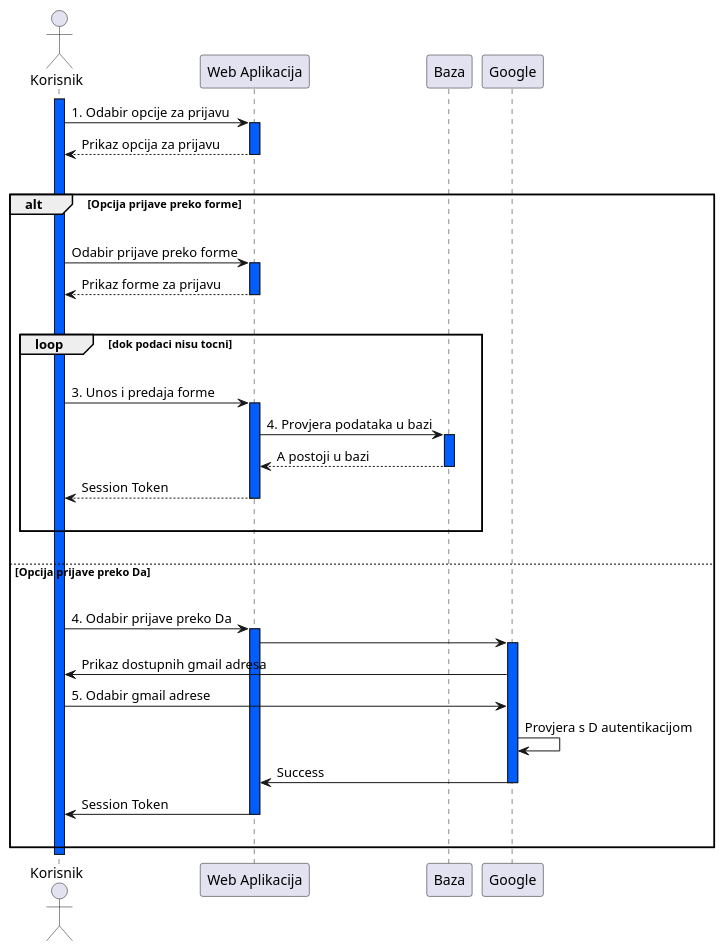
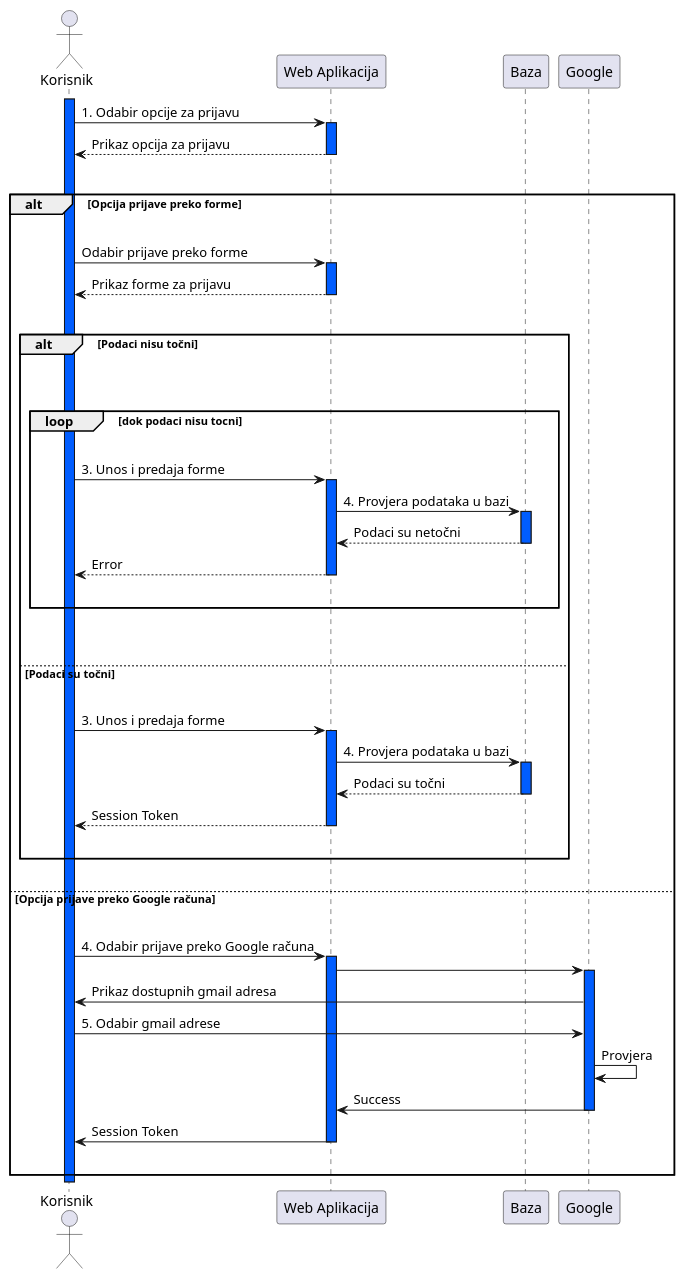
Before and after one commit to studensis/studius: the diagram in documentation/diagrams/UMLSequence/loginSequence.pu, drawn with PlantUML.

Commit message:
mala izmjena na sekvencijskom dijagramu UC1

```diff
--- a/documentation/diagrams/UMLSequence/loginSequence.pu
+++ b/documentation/diagrams/UMLSequence/loginSequence.pu
@@ -1,60 +1,80 @@
 @startuml loginSequence
 
 actor "Korisnik" as A
 participant "Web Aplikacija" as B
 participant "Baza" as C
 participant "Google" as D
 
 activate A #005DFF
 
 A -> B: 1. Odabir opcije za prijavu
 activate B #005DFF
 B --> A: Prikaz opcija za prijavu
 deactivate B
 
 |||
 alt Opcija prijave preko forme
 |||
 
 A -> B: Odabir prijave preko forme
 activate B #005DFF
 B --> A: Prikaz forme za prijavu
 deactivate B
 
+
+|||
+alt Podaci nisu točni
+|||
 |||
 loop dok podaci nisu tocni
+|||
+A -> B: 3. Unos i predaja forme
+activate B #005DFF
+B -> C: 4. Provjera podataka u bazi
+activate C #005DFF
+C --> B: Podaci su netočni
+deactivate C
+B --> A: Error
+deactivate B
+
+|||
+end
+|||
+|||
+else Podaci su točni
 |||
 
 A -> B: 3. Unos i predaja forme
 activate B #005DFF
 B -> C: 4. Provjera podataka u bazi
 activate C #005DFF
-C --> B: A postoji u bazi
+C --> B: Podaci su točni
 deactivate C
 B --> A: Session Token
 deactivate B
 
+
 |||
 end
 |||
-else Opcija prijave preko Da
+else Opcija prijave preko Google računa
 |||
 
-    A -> B: 4. Odabir prijave preko Da
+    A -> B: 4. Odabir prijave preko Google računa
     	activate B #005DFF
     B -> D
     	activate D #005DFF
     D -> A: Prikaz dostupnih gmail adresa
     A -> D: 5. Odabir gmail adrese
-    D -> D: Provjera s D autentikacijom
+    D -> D: Provjera
     D -> B: Success
     	deactivate D
     B -> A: Session Token
     	deactivate B
 
 |||
 end
 
 deactivate A
 
 @enduml
```
